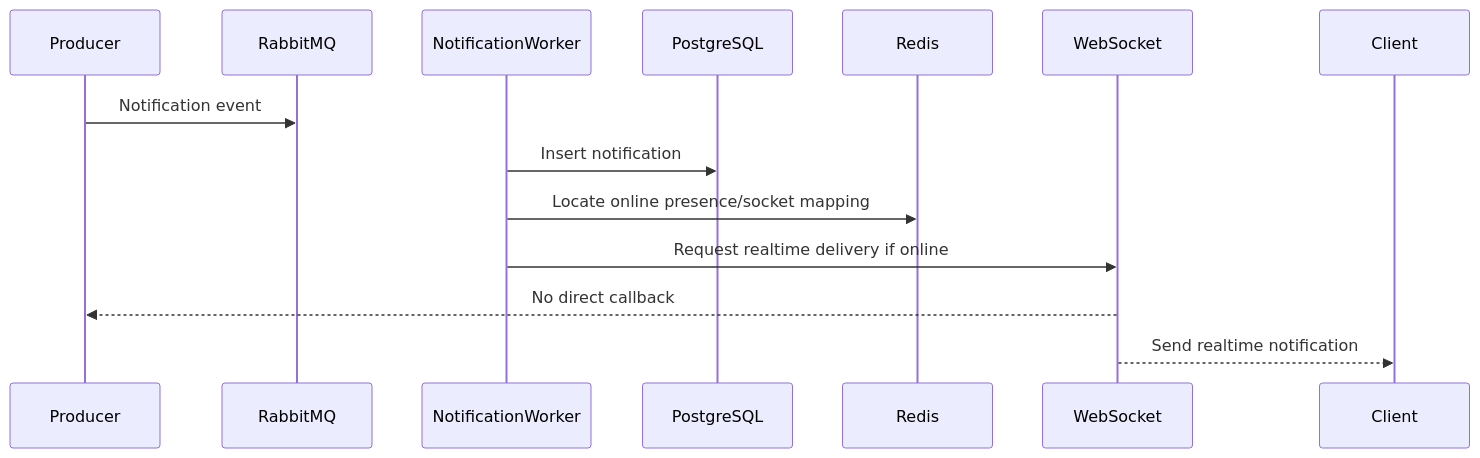
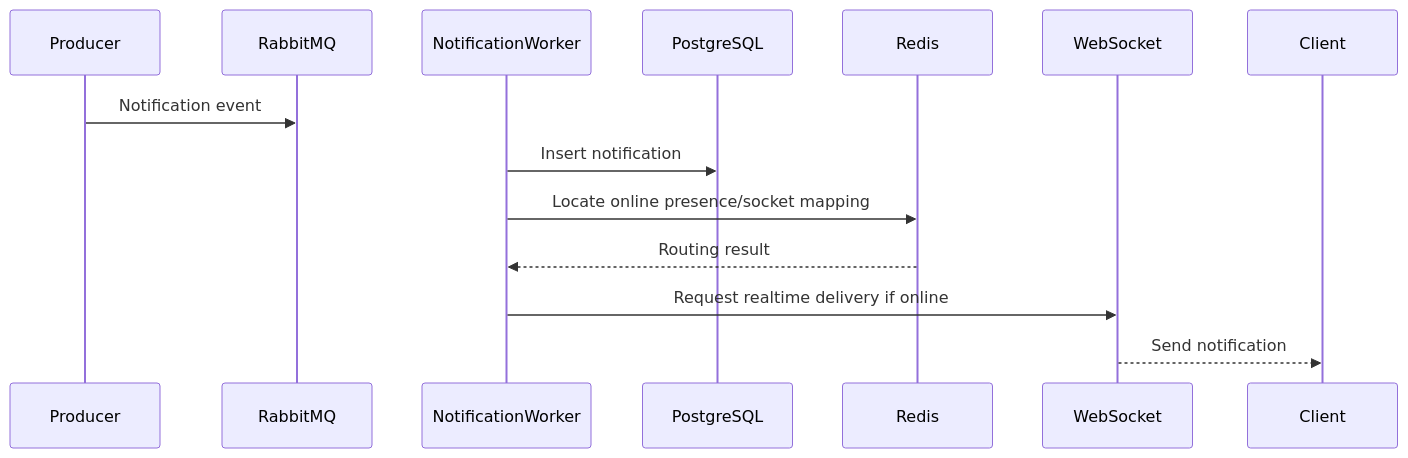
Before and after one commit to HuynhLoc2004/TitanCore: the sixth of 6 diagrams in docs/DATA_FLOW.md, drawn with Mermaid. The commit also changed 2 other files, not shown here.

Commit message:
docs(database): finalize phase 2 consistency

````diff
--- a/docs/DATA_FLOW.md
+++ b/docs/DATA_FLOW.md
@@ -110,17 +110,17 @@
 ```mermaid
 sequenceDiagram
     participant Producer
     participant RabbitMQ
     participant NotificationWorker
     participant PostgreSQL
     participant Redis
     participant WebSocket
     participant Client
 
     Producer->>RabbitMQ: Notification event
     NotificationWorker->>PostgreSQL: Insert notification
     NotificationWorker->>Redis: Locate online presence/socket mapping
+    Redis-->>NotificationWorker: Routing result
     NotificationWorker->>WebSocket: Request realtime delivery if online
-    WebSocket-->>Producer: No direct callback
-    WebSocket-->>Client: Send realtime notification
+    WebSocket-->>Client: Send notification
 ```
````
